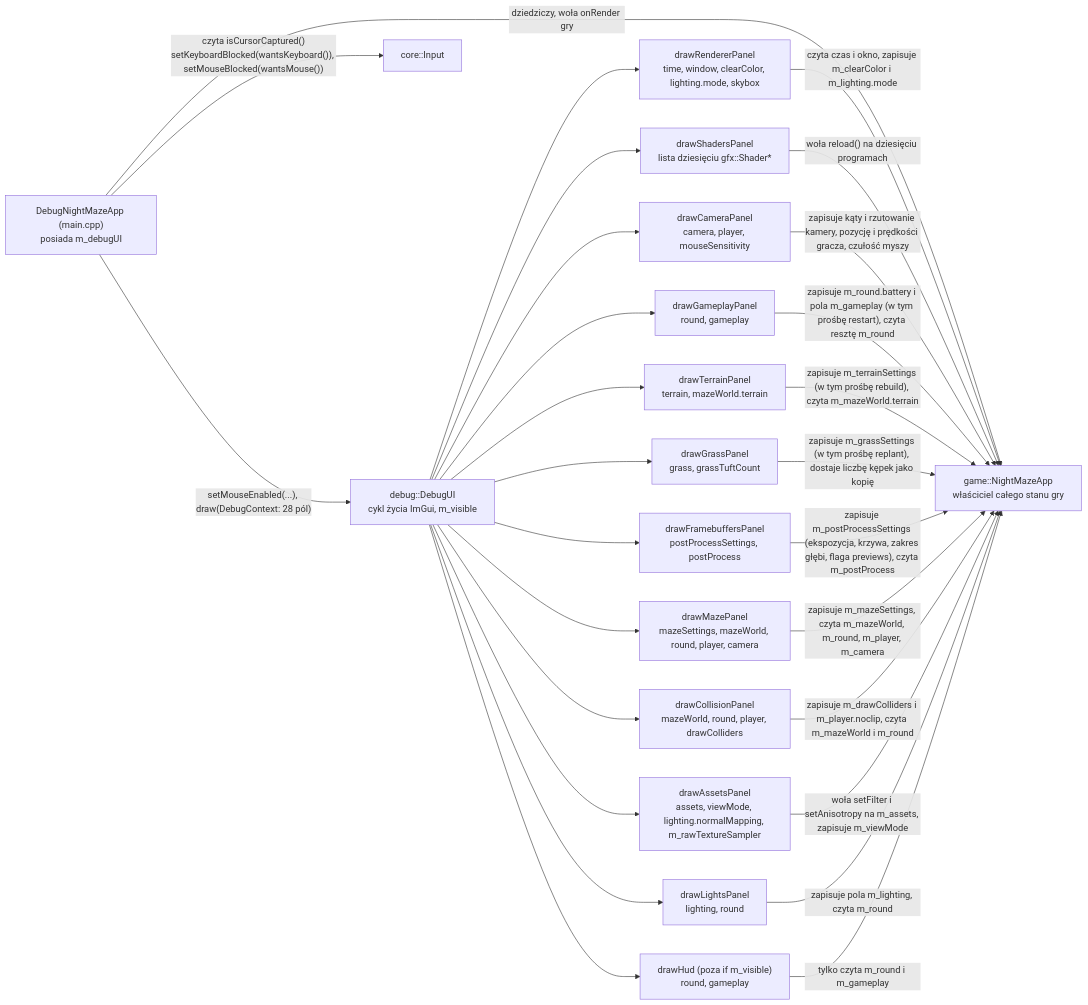
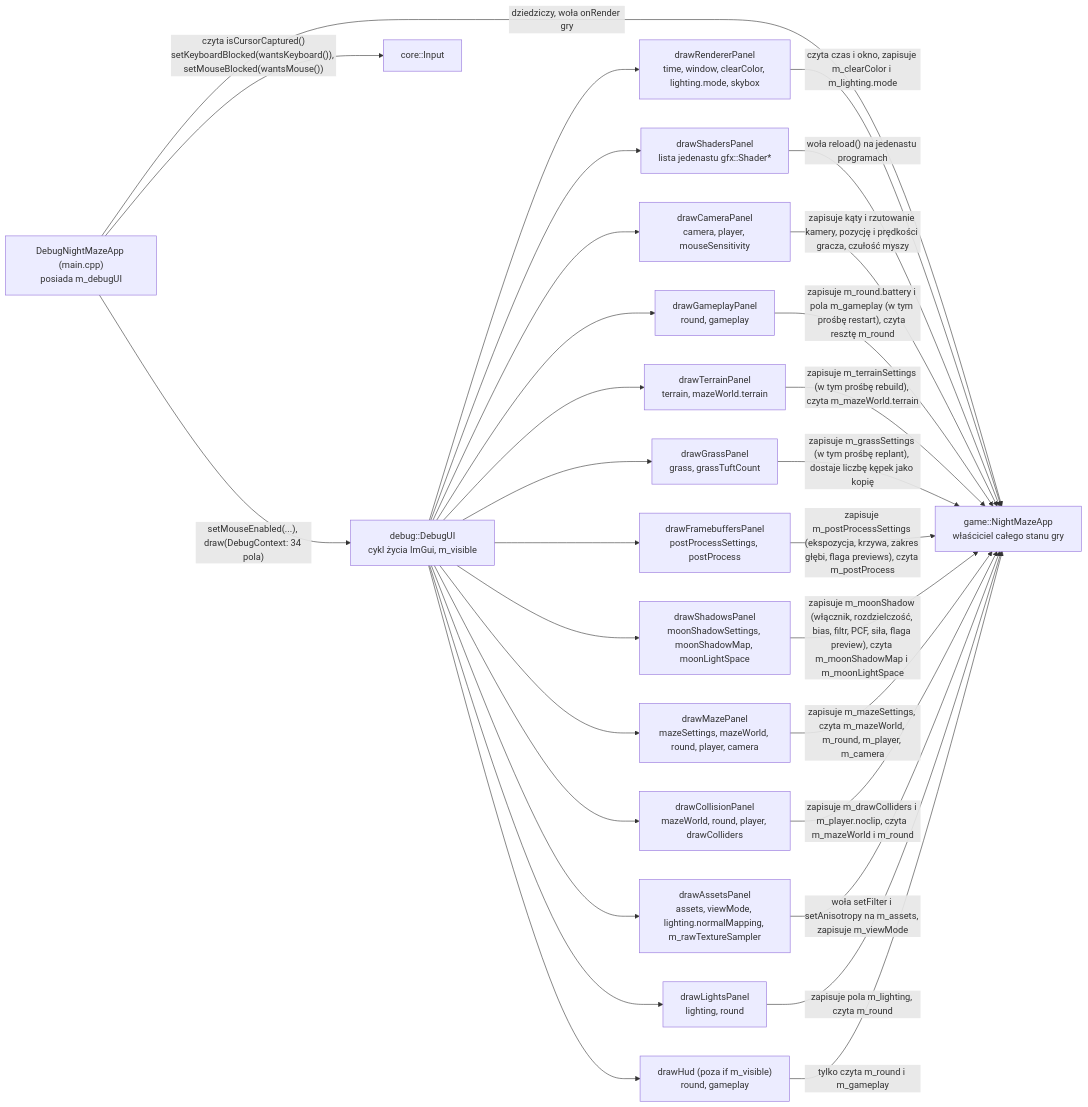
The second of 2 diagrams in docs/modules/debug-ui.md (Shironex/night-maze), drawn with Mermaid before and after one commit. The commit also changed other lines of this file and 90 other files, not shown here.

Commit message:
feat(game): cast moon shadows with a shadow map, pcf and bias

````diff
--- a/docs/modules/debug-ui.md
+++ b/docs/modules/debug-ui.md
@@ -226,30 +238,32 @@
 ```mermaid
 flowchart LR
-    Main["DebugNightMazeApp (main.cpp)<br/>posiada m_debugUI"] -->|"setMouseEnabled(...), draw(DebugContext: 28 pól)"| UI["debug::DebugUI<br/>cykl życia ImGui, m_visible"]
+    Main["DebugNightMazeApp (main.cpp)<br/>posiada m_debugUI"] -->|"setMouseEnabled(...), draw(DebugContext: 34 pola)"| UI["debug::DebugUI<br/>cykl życia ImGui, m_visible"]
     Main -->|"dziedziczy, woła onRender gry"| Game["game::NightMazeApp<br/>właściciel całego stanu gry"]
     Main -->|"czyta isCursorCaptured()<br/>setKeyboardBlocked(wantsKeyboard()), setMouseBlocked(wantsMouse())"| In["core::Input"]
     UI --> RP["drawRendererPanel<br/>time, window, clearColor, lighting.mode, skybox"]
-    UI --> SP["drawShadersPanel<br/>lista dziesięciu gfx::Shader*"]
+    UI --> SP["drawShadersPanel<br/>lista jedenastu gfx::Shader*"]
     UI --> CP["drawCameraPanel<br/>camera, player, mouseSensitivity"]
     UI --> GP["drawGameplayPanel<br/>round, gameplay"]
     UI --> TP["drawTerrainPanel<br/>terrain, mazeWorld.terrain"]
     UI --> GR["drawGrassPanel<br/>grass, grassTuftCount"]
     UI --> FB["drawFramebuffersPanel<br/>postProcessSettings, postProcess"]
+    UI --> SH["drawShadowsPanel<br/>moonShadowSettings, moonShadowMap, moonLightSpace"]
     UI --> MP["drawMazePanel<br/>mazeSettings, mazeWorld, round, player, camera"]
     UI --> CO["drawCollisionPanel<br/>mazeWorld, round, player, drawColliders"]
     UI --> AP["drawAssetsPanel<br/>assets, viewMode, lighting.normalMapping, m_rawTextureSampler"]
     UI --> LP["drawLightsPanel<br/>lighting, round"]
     UI --> HUD["drawHud (poza if m_visible)<br/>round, gameplay"]
     RP -->|"czyta czas i okno, zapisuje m_clearColor i m_lighting.mode"| Game
-    SP -->|"woła reload() na dziesięciu programach"| Game
+    SP -->|"woła reload() na jedenastu programach"| Game
     CP -->|"zapisuje kąty i rzutowanie kamery, pozycję i prędkości gracza, czułość myszy"| Game
     GP -->|"zapisuje m_round.battery i pola m_gameplay (w tym prośbę restart), czyta resztę m_round"| Game
     TP -->|"zapisuje m_terrainSettings (w tym prośbę rebuild), czyta m_mazeWorld.terrain"| Game
     GR -->|"zapisuje m_grassSettings (w tym prośbę replant), dostaje liczbę kępek jako kopię"| Game
     FB -->|"zapisuje m_postProcessSettings (ekspozycja, krzywa, zakres głębi, flaga previews), czyta m_postProcess"| Game
+    SH -->|"zapisuje m_moonShadow (włącznik, rozdzielczość, bias, filtr, PCF, siła, flaga preview), czyta m_moonShadowMap i m_moonLightSpace"| Game
     MP -->|"zapisuje m_mazeSettings, czyta m_mazeWorld, m_round, m_player, m_camera"| Game
     CO -->|"zapisuje m_drawColliders i m_player.noclip, czyta m_mazeWorld i m_round"| Game
     AP -->|"woła setFilter i setAnisotropy na m_assets, zapisuje m_viewMode"| Game
     LP -->|"zapisuje pola m_lighting, czyta m_round"| Game
     HUD -->|"tylko czyta m_round i m_gameplay"| Game
 ```
````
